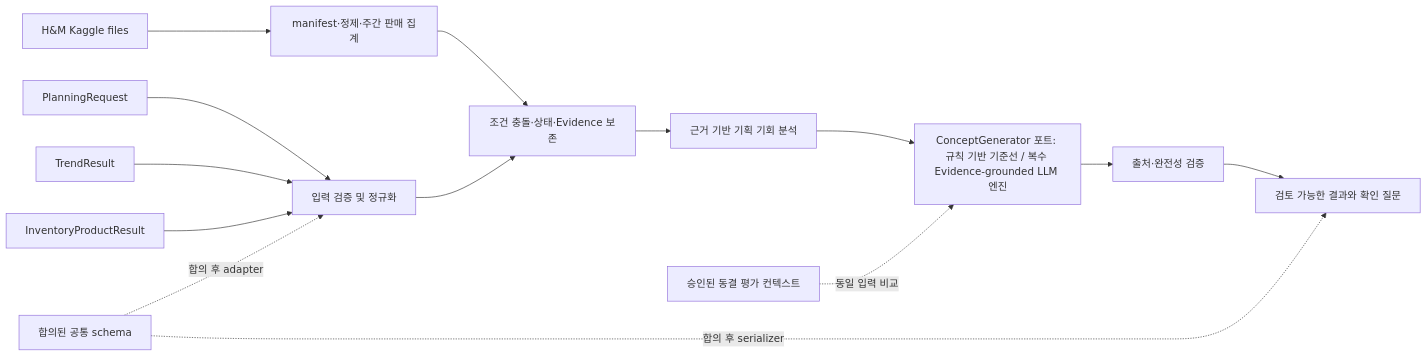
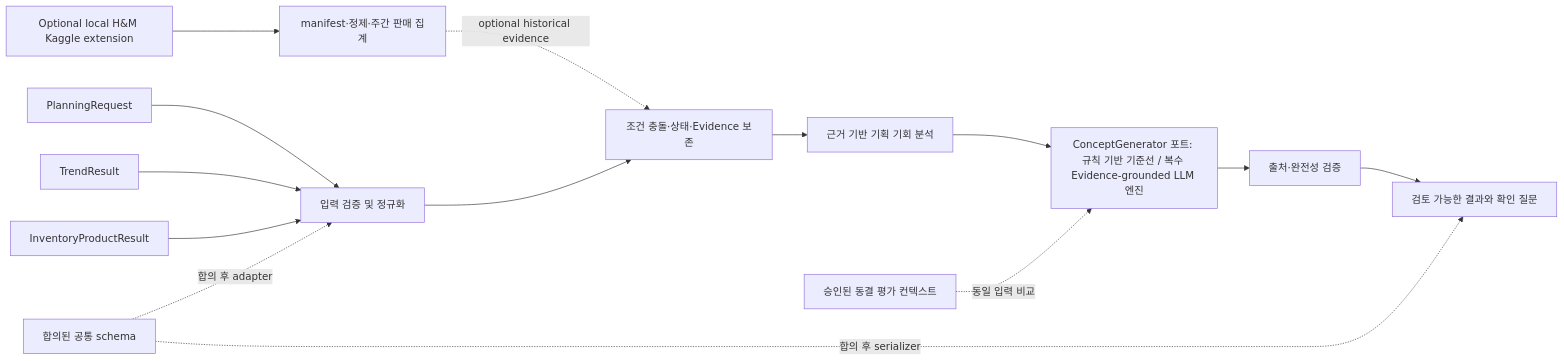
The diagram in docs/design/implementation-roadmap.md (KG-RAG-02/fashion-planner-novelty), drawn with Mermaid before and after one commit. The commit also changed other lines of this file and 11 other files, not shown here.

Commit message:
refactor: make historical sales an optional local extension

````diff
--- a/docs/design/implementation-roadmap.md
+++ b/docs/design/implementation-roadmap.md
@@ -35,16 +35,16 @@
 ```mermaid
 flowchart LR
     A[PlanningRequest] --> N[입력 검증 및 정규화]
     B[TrendResult] --> N
     C[InventoryProductResult] --> N
-    K[H&M Kaggle files] --> I[manifest·정제·주간 판매 집계]
-    I --> X
+    K[Optional local H&M Kaggle extension] --> I[manifest·정제·주간 판매 집계]
+    I -. optional historical evidence .-> X
     N --> X[조건 충돌·상태·Evidence 보존]
     X --> O[근거 기반 기획 기회 분석]
     O --> G[ConceptGenerator 포트: 규칙 기반 기준선 / 복수 Evidence-grounded LLM 엔진]
     E[승인된 동결 평가 컨텍스트] -. 동일 입력 비교 .-> G
     G --> V[출처·완전성 검증]
     V --> R[검토 가능한 결과와 확인 질문]
     W[합의된 공통 schema] -. 합의 후 adapter .-> N
     W -. 합의 후 serializer .-> R
 ```
````
